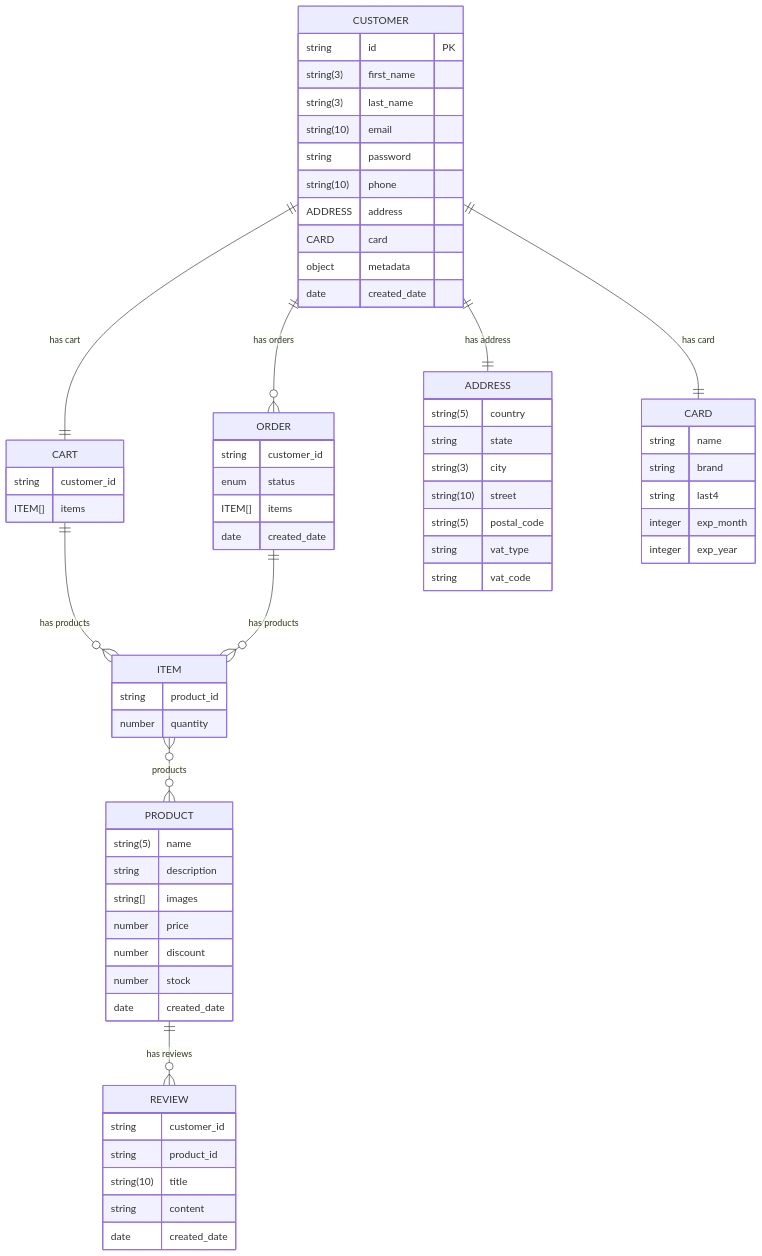
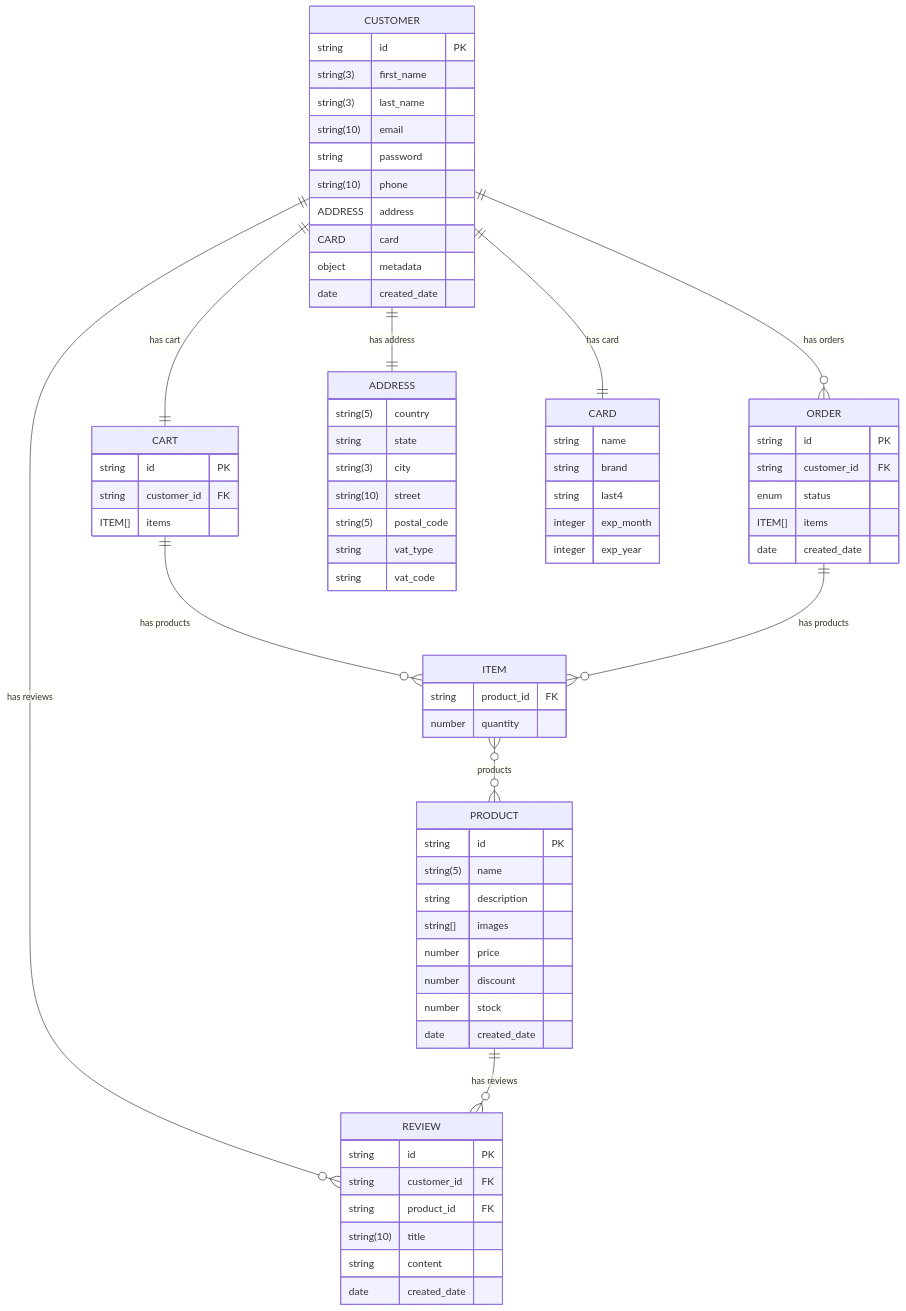
Before and after one commit to EddyEduard/ShopCart: the diagram in README.md, drawn with Mermaid.

````diff
--- a/README.md
+++ b/README.md
@@ -59,74 +59,79 @@
 ```mermaid
 erDiagram
     CUSTOMER {
         string id PK
         string(3) first_name
         string(3) last_name
         string(10) email
         string password
         string(10) phone
         ADDRESS address
         CARD card
         object metadata
         date created_date
     }
     PRODUCT {
+        string id PK
         string(5) name
         string description
         string[] images
         number price
         number discount
         number stock
         date created_date
     }
     CART {
-        string customer_id
+        string id PK
+        string customer_id FK
         ITEM[] items
     }
     ORDER {
-        string customer_id
+        string id PK
+        string customer_id FK
         enum status
         ITEM[] items
         date created_date
     }
     REVIEW {
-        string customer_id
-        string product_id
+        string id PK
+        string customer_id FK
+        string product_id FK
         string(10) title
         string content
         date created_date
     }
     ADDRESS {
         string(5) country
         string state
         string(3) city
         string(10) street
         string(5) postal_code
         string vat_type
         string vat_code
     }
     CARD {
         string name
         string brand
         string last4
         integer exp_month
         integer exp_year
     }
     ITEM {
-        string product_id
+        string product_id FK
         number quantity
     }
 
     CUSTOMER ||--|| ADDRESS : "has address"
     CUSTOMER ||--|| CARD : "has card"
     CUSTOMER ||--|| CART : "has cart"
     CUSTOMER ||--o{ ORDER : "has orders"
+    CUSTOMER ||--o{ REVIEW : "has reviews"
 
     PRODUCT ||--o{ REVIEW : "has reviews"
 
     CART ||--o{ ITEM : "has products"
 
     ORDER ||--o{ ITEM : "has products"
 
     ITEM }o--o{ PRODUCT : "products"
 ```
````
